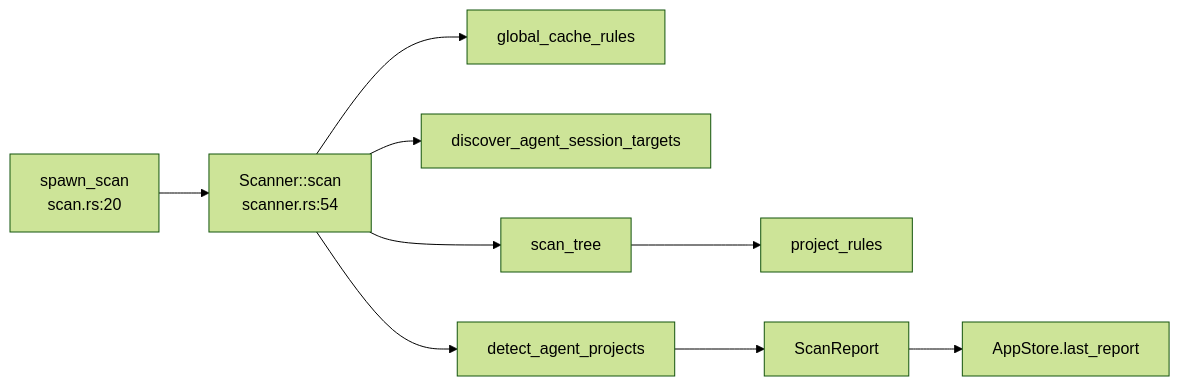
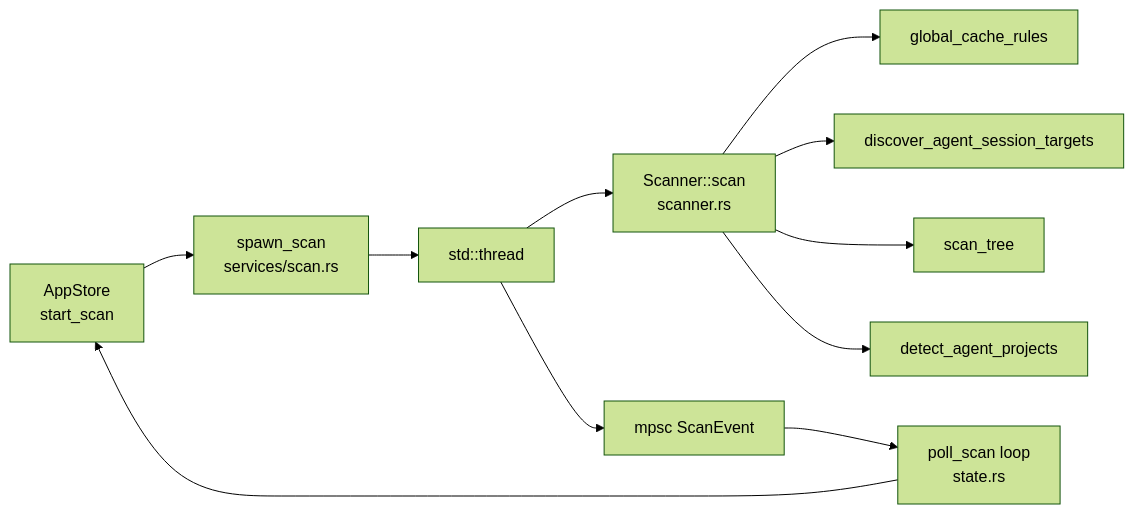
The third of 6 diagrams in .terrain/human/2.Architecture.md (sopaco/CLV3000-Plus), drawn with Mermaid (forest theme) before and after one commit. The commit also changed other lines of this file and 14 other files, not shown here.

````diff
--- a/.terrain/human/2.Architecture.md
+++ b/.terrain/human/2.Architecture.md
@@ -119,11 +116,13 @@
 ```mermaid
 graph LR
-    Spawn["spawn_scan<br/>scan.rs:20"] --> Scanner["Scanner::scan<br/>scanner.rs:54"]
-    Scanner --> Global["global_cache_rules"]
-    Scanner --> Sessions["discover_agent_session_targets"]
-    Scanner --> Tree["scan_tree"]
-    Tree --> Rules["project_rules"]
-    Scanner --> AgentDet["detect_agent_projects"]
-    AgentDet --> Report["ScanReport"]
-    Report --> Store["AppStore.last_report"]
+    AppStore["AppStore<br/>start_scan"] --> SpawnScan["spawn_scan<br/>services/scan.rs"]
+    SpawnScan --> Thread["std::thread"]
+    Thread --> Scanner["Scanner::scan<br/>scanner.rs"]
+    Scanner --> GlobalRules["global_cache_rules"]
+    Scanner --> AgentSessions["discover_agent_session_targets"]
+    Scanner --> ScanTree["scan_tree"]
+    Scanner --> AgentDetect["detect_agent_projects"]
+    Thread --> Channel["mpsc ScanEvent"]
+    Channel --> Poll["poll_scan loop<br/>state.rs"]
+    Poll --> AppStore
 ```
````
